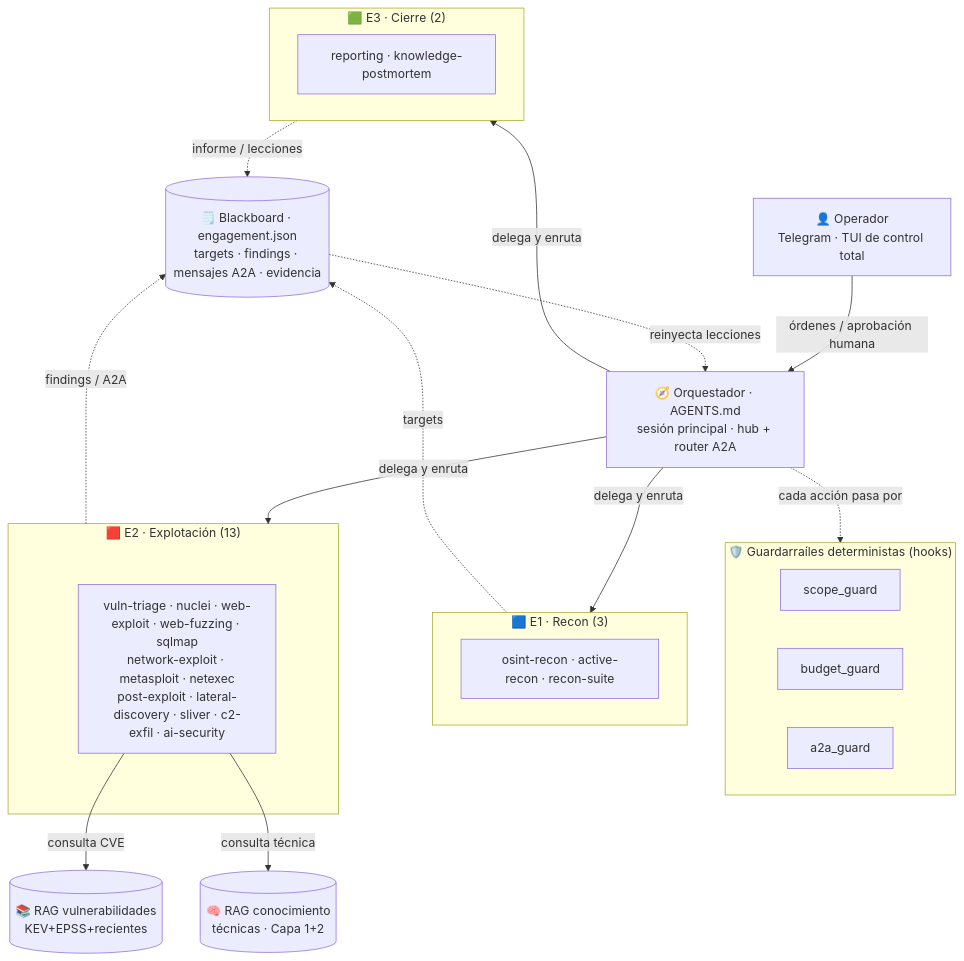
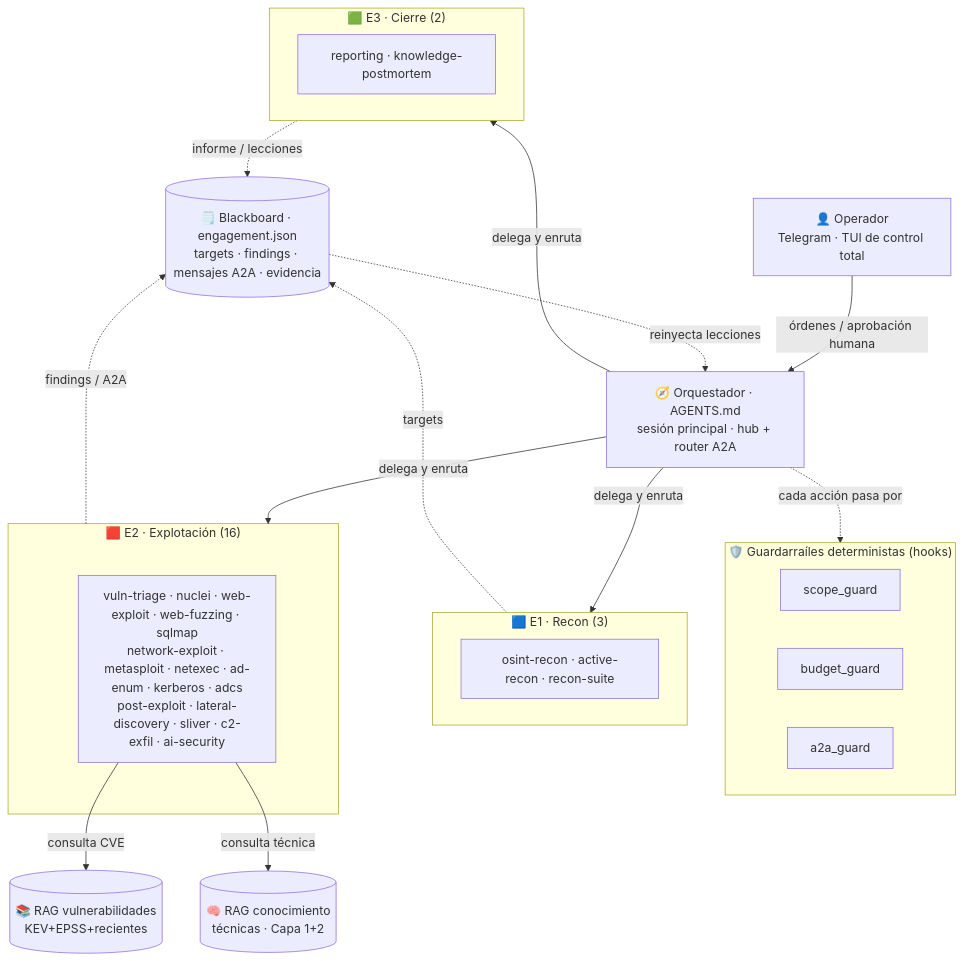
The diagram in README.md (devPruebaDataunix/Data-Attack-Offensive-Tools), drawn with Mermaid before and after one commit. The commit also changed other lines of this file and 29 other files, not shown here.

````diff
--- a/README.md
+++ b/README.md
@@ -125,33 +125,33 @@
 ```mermaid
 flowchart TB
     OP["👤 Operador<br/>Telegram · TUI de control total"]
     ORQ["🧭 Orquestador · AGENTS.md<br/>sesión principal · hub + router A2A"]
     subgraph GATES["🛡️ Guardarraíles deterministas (hooks)"]
         SG["scope_guard"]
         BG["budget_guard"]
         AG["a2a_guard"]
     end
     BB[("🗒️ Blackboard · engagement.json<br/>targets · findings · mensajes A2A · evidencia")]
     RAGDB[("📚 RAG vulnerabilidades<br/>KEV+EPSS+recientes")]
     RAGKB[("🧠 RAG conocimiento<br/>técnicas · Capa 1+2")]
     subgraph E1["🟦 E1 · Recon (3)"]
         R["osint-recon · active-recon · recon-suite"]
     end
-    subgraph E2["🟥 E2 · Explotación (13)"]
-        X["vuln-triage · nuclei · web-exploit · web-fuzzing · sqlmap<br/>network-exploit · metasploit · netexec<br/>post-exploit · lateral-discovery · sliver · c2-exfil · ai-security"]
+    subgraph E2["🟥 E2 · Explotación (16)"]
+        X["vuln-triage · nuclei · web-exploit · web-fuzzing · sqlmap<br/>network-exploit · metasploit · netexec · ad-enum · kerberos · adcs<br/>post-exploit · lateral-discovery · sliver · c2-exfil · ai-security"]
     end
     subgraph E3["🟩 E3 · Cierre (2)"]
         C["reporting · knowledge-postmortem"]
     end
     OP -->|órdenes / aprobación humana| ORQ
     ORQ -->|delega y enruta| E1
     ORQ -->|delega y enruta| E2
     ORQ -->|delega y enruta| E3
     ORQ -.->|cada acción pasa por| GATES
     E1 -.->|targets| BB
     E2 -.->|findings / A2A| BB
     E3 -.->|informe / lecciones| BB
     BB -.->|reinyecta lecciones| ORQ
     X -->|consulta CVE| RAGDB
     X -->|consulta técnica| RAGKB
 ```
````
